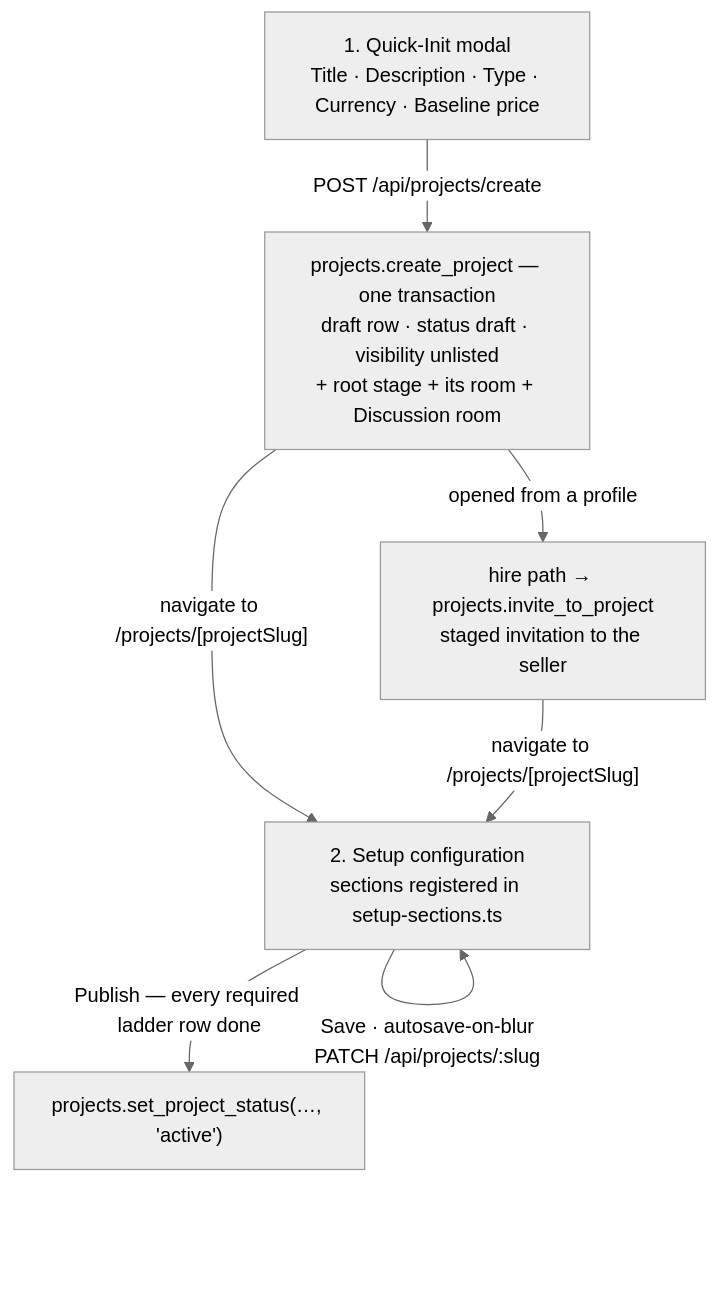
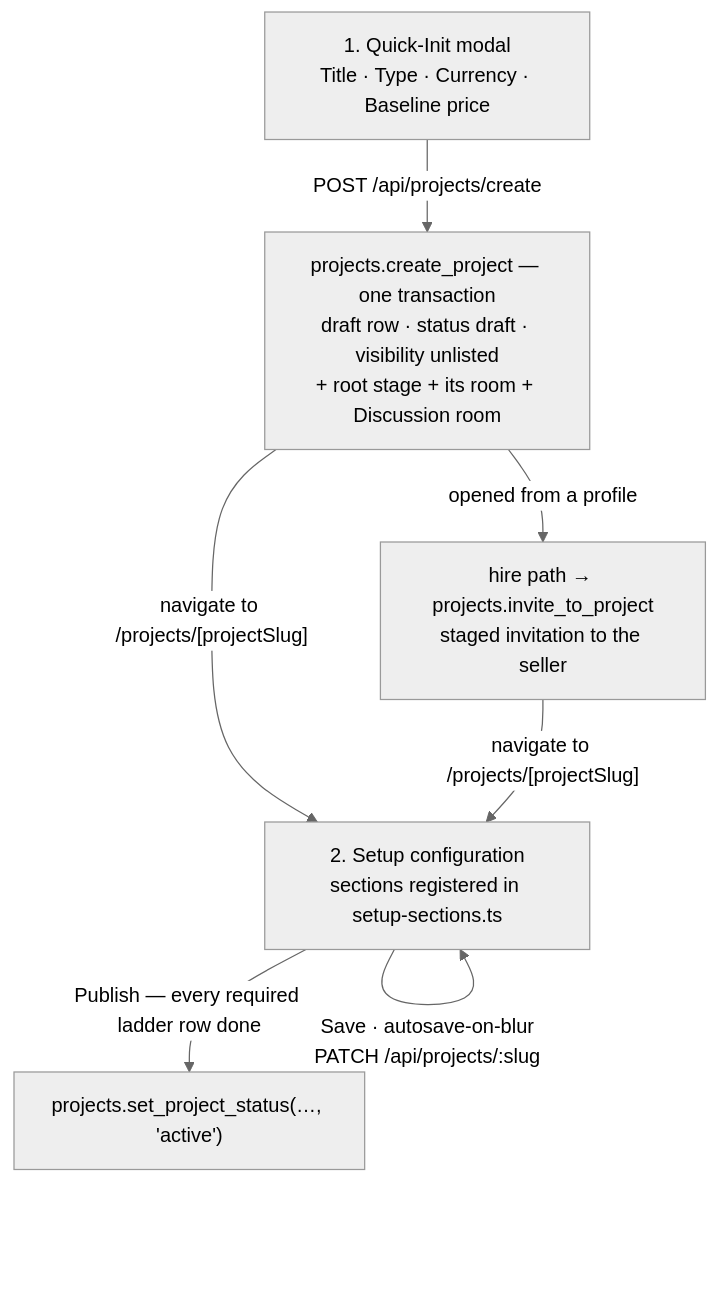
The diagram in documentation/flows/Projects.md (Kotsiee/Projective.com), drawn with Mermaid (neutral theme) before and after one commit. The commit also changed other lines of this file and 119 other files, not shown here.

````diff
--- a/documentation/flows/Projects.md
+++ b/documentation/flows/Projects.md
@@ -35,9 +35,9 @@
 ```mermaid
 flowchart TD
-    A["1. Quick-Init modal<br/>Title · Description · Type · Currency · Baseline price"] -->|"POST /api/projects/create"| B["projects.create_project — one transaction<br/>draft row · status draft · visibility unlisted<br/>+ root stage + its room + Discussion room"]
+    A["1. Quick-Init modal<br/>Title · Type · Currency · Baseline price"] -->|"POST /api/projects/create"| B["projects.create_project — one transaction<br/>draft row · status draft · visibility unlisted<br/>+ root stage + its room + Discussion room"]
     B -->|"opened from a profile"| I["hire path → projects.invite_to_project<br/>staged invitation to the seller"]
     B -->|"navigate to /projects/[projectSlug]"| C
     I -->|"navigate to /projects/[projectSlug]"| C["2. Setup configuration<br/>sections registered in setup-sections.ts"]
     C -->|"Save · autosave-on-blur<br/>PATCH /api/projects/:slug"| C
     C -->|"Publish — every required ladder row done"| D["projects.set_project_status(…, 'active')"]
 ```
````
